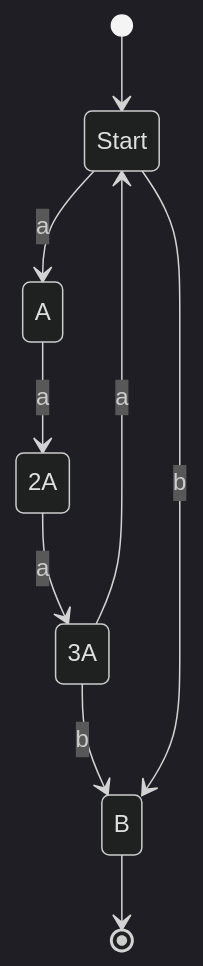
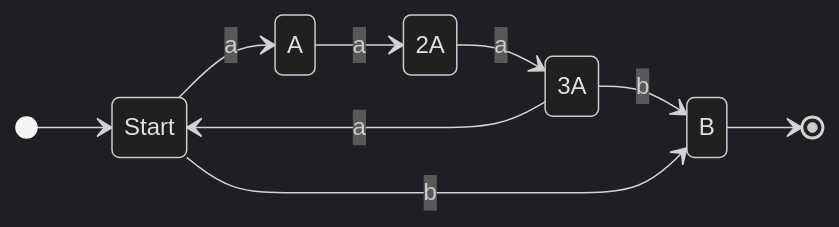
One commit to adamsan/java-enumerations-workshop changed the first of 2 diagrams in README.md. Above: the diagram before and after it, drawn with Mermaid (dark theme).

Commit message:
change graph direction of state machine in task4

````diff
--- a/README.md
+++ b/README.md
@@ -43,11 +43,12 @@
 ```mermaid
 stateDiagram-v2
+    direction LR
 [*] --> Start
 Start --> A :  a
 A --> 2A : a
 2A --> 3A: a
 3A --> Start: a
 3A --> B : b
 Start --> B : b
 B --> [*]
 ```
````
